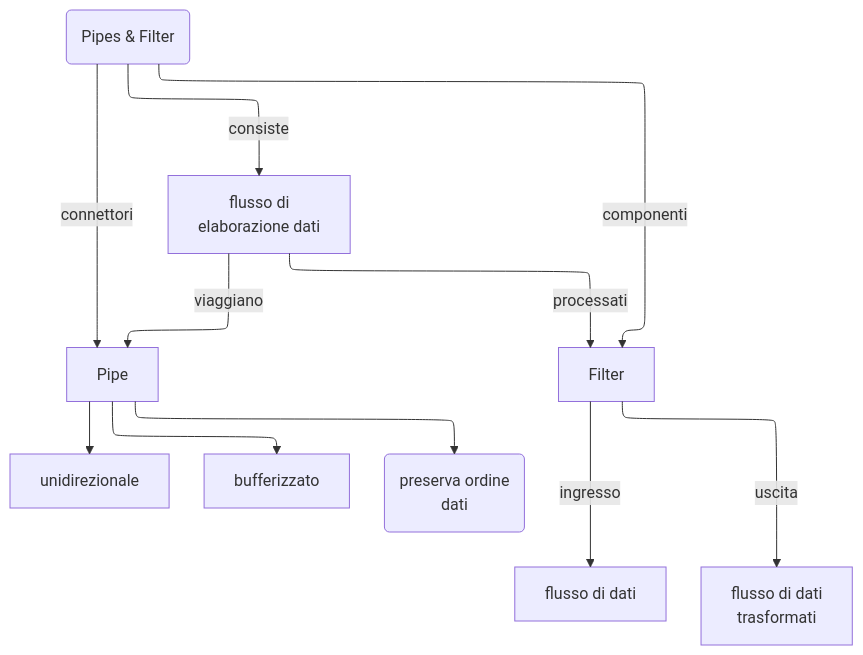
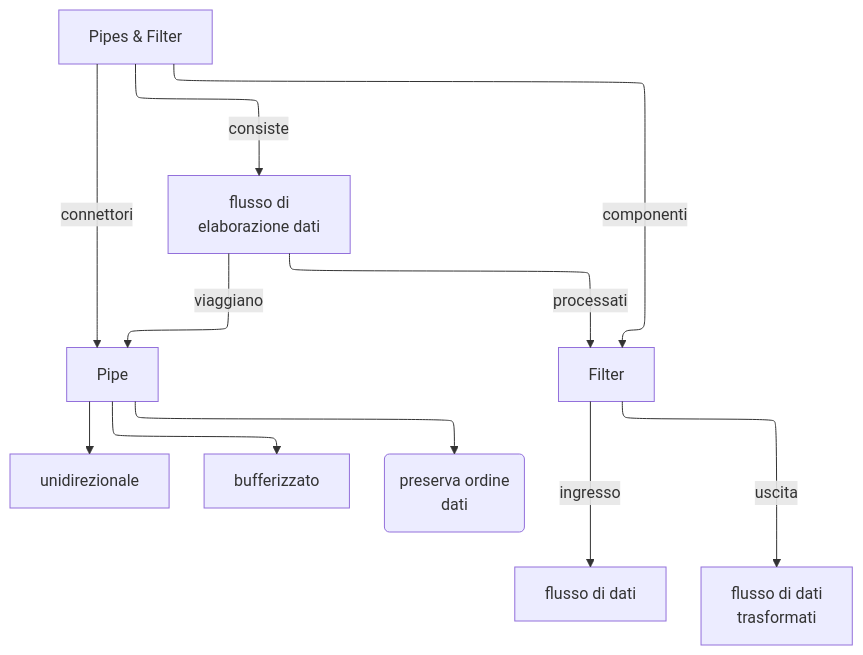
One commit to Firi0n/appunti-unipi changed the fifth of 13 diagrams in src/content/docs/software_engineering/Progettazione/progettazione.md. Above: the diagram before and after it, drawn with Mermaid. The commit also changed other lines of this file and 8 other files, not shown here.

````diff
--- a/src/content/docs/software_engineering/Progettazione/progettazione.md
+++ b/src/content/docs/software_engineering/Progettazione/progettazione.md
@@ -143,17 +166,20 @@
 ```mermaid
 ---
 config:
   layout: elk
 ---
 flowchart TD
-    PF(Pipes & Filter) -->|consiste|fe[flusso di<br>elaborazione dati]
+    PF["Pipes & Filter"] -->|consiste| fe["flusso di
+elaborazione dati"]
     fe -->|viaggiano| Pipe
     fe -->|processati| Filter
     PF -->|componenti| Filter
     PF -->|connettori| Pipe
 
-    Filter -->|ingresso| fl[flusso di dati]
-    Filter -->|uscita| flt[flusso di dati<br>trasformati]
+    Filter -->|ingresso| fl["flusso di dati"]
+    Filter -->|uscita| flt["flusso di dati
+trasformati"]
 
-    Pipe --> unidirezionale & bufferizzato & po(preserva ordine<br>dati)
+    Pipe --> unidirezionale & bufferizzato & po("preserva ordine
+dati")
 ```
````
